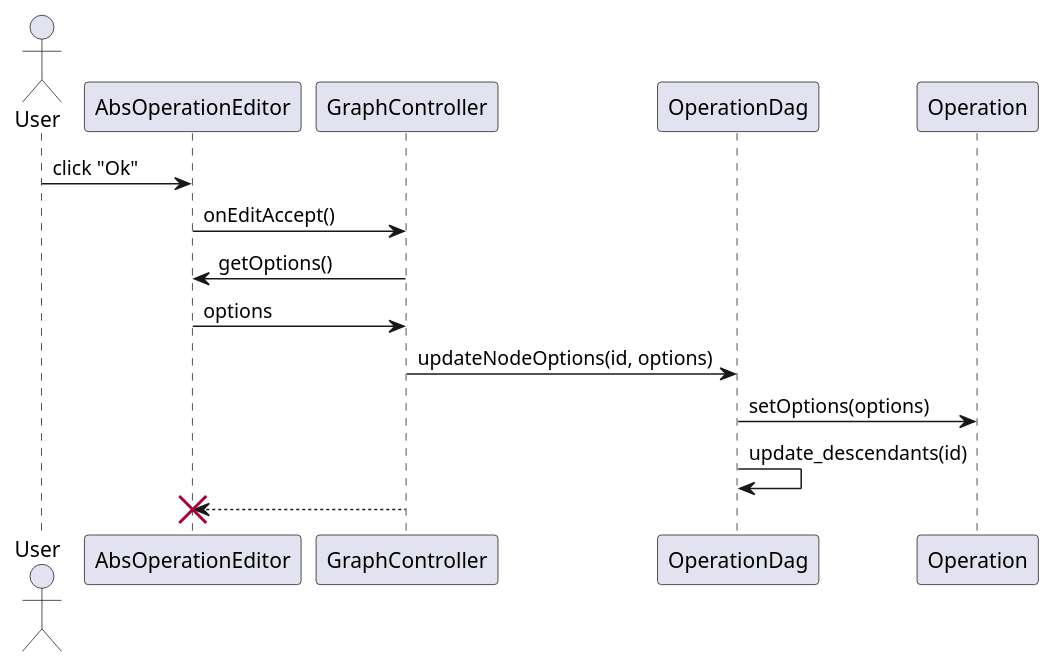
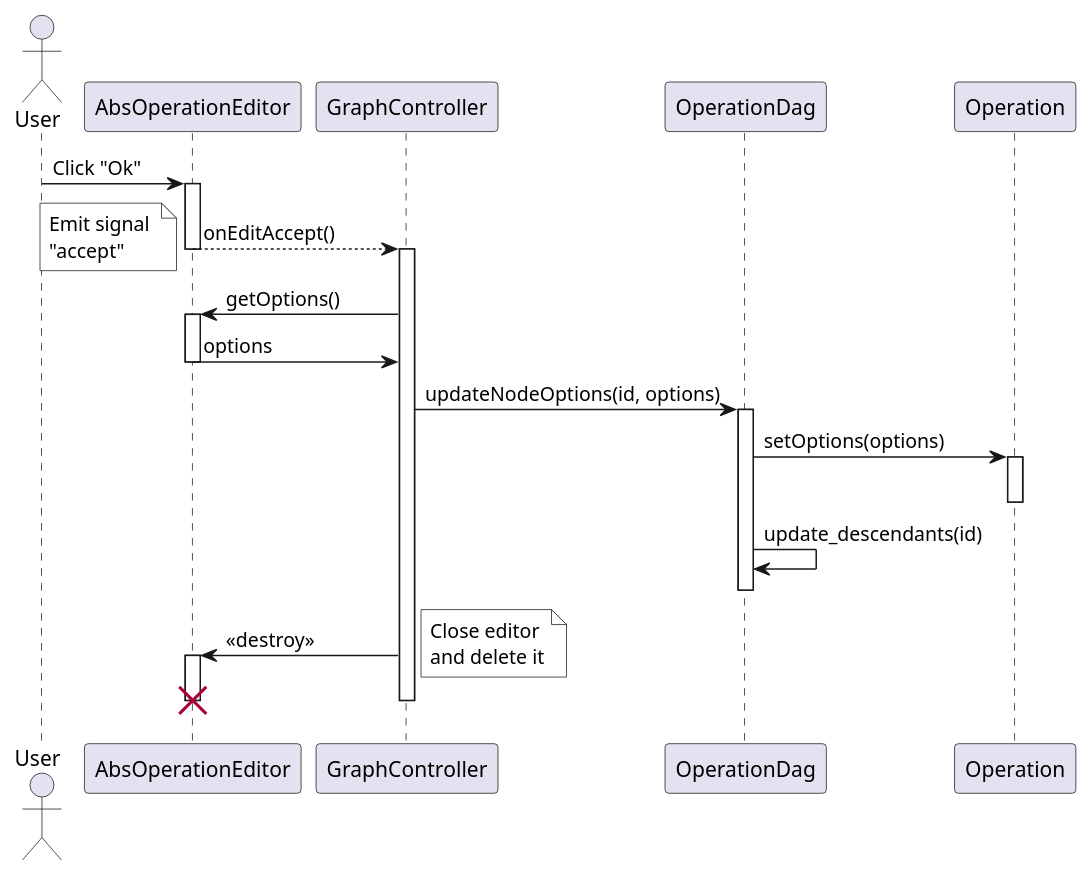
One commit to alezanga/dataMole changed the fourth of 7 diagrams in uml/controller.puml. Above: the diagram before and after it, drawn with PlantUML. The commit also changed other lines of this file and 172 other files, not shown here.

```diff
--- a/uml/controller.puml
+++ b/uml/controller.puml
@@ -63,15 +119,35 @@
 @startuml controller_accept
 
 actor User
 
-User -> AbsOperationEditor: click "Ok"
-AbsOperationEditor -> GraphController: onEditAccept()
+User -> AbsOperationEditor: Click "Ok"
+activate AbsOperationEditor
+AbsOperationEditor --> GraphController: onEditAccept()
+note left #White
+Emit signal 
+"accept"
+endnote
+deactivate AbsOperationEditor
+activate GraphController
 GraphController -> AbsOperationEditor: getOptions()
+activate AbsOperationEditor
 GraphController <- AbsOperationEditor: options
+deactivate AbsOperationEditor
 GraphController -> OperationDag: updateNodeOptions(id, options)
+activate OperationDag
 OperationDag -> Operation: setOptions(options)
+activate Operation
+deactivate Operation
 OperationDag -> OperationDag: update_descendants(id)
-GraphController --> AbsOperationEditor
+GraphController <-[hidden] OperationDag
+deactivate OperationDag
+GraphController -> AbsOperationEditor: <<destroy>>
+note right #White
+Close editor
+and delete it
+endnote
+activate AbsOperationEditor
 destroy AbsOperationEditor
+deactivate GraphController
 
 @enduml
```
